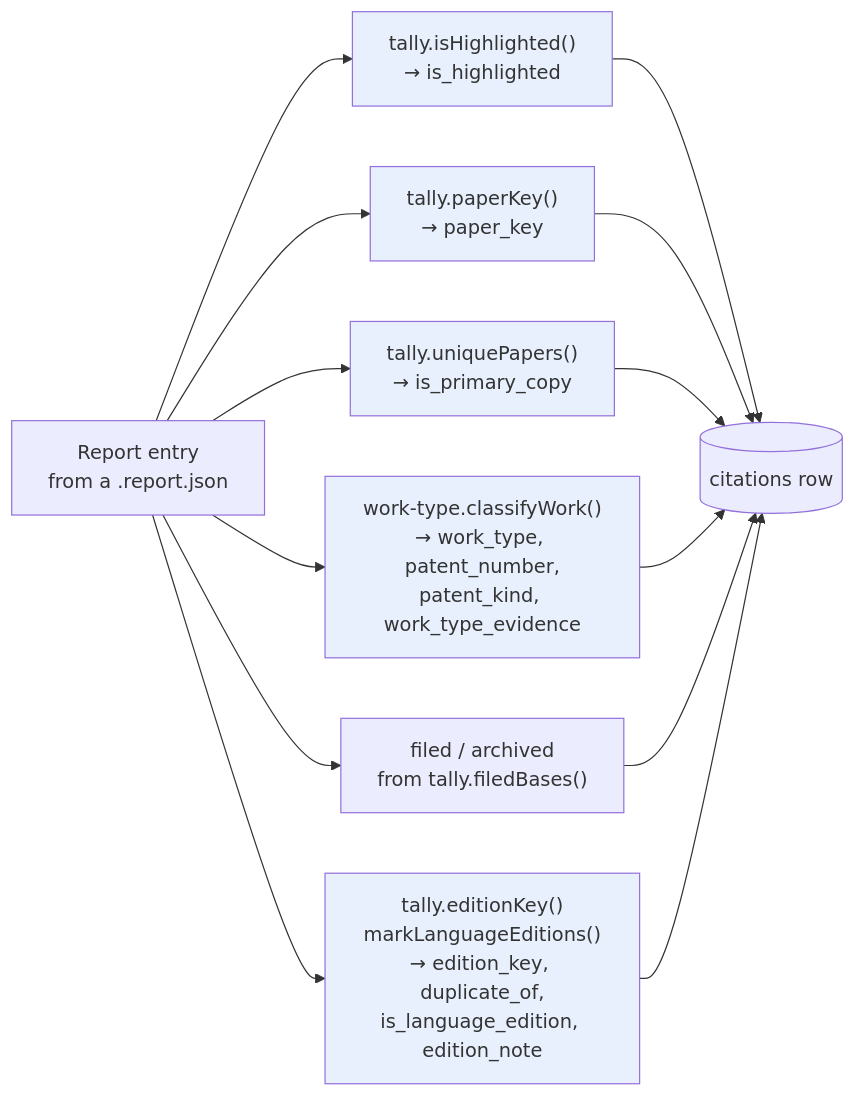
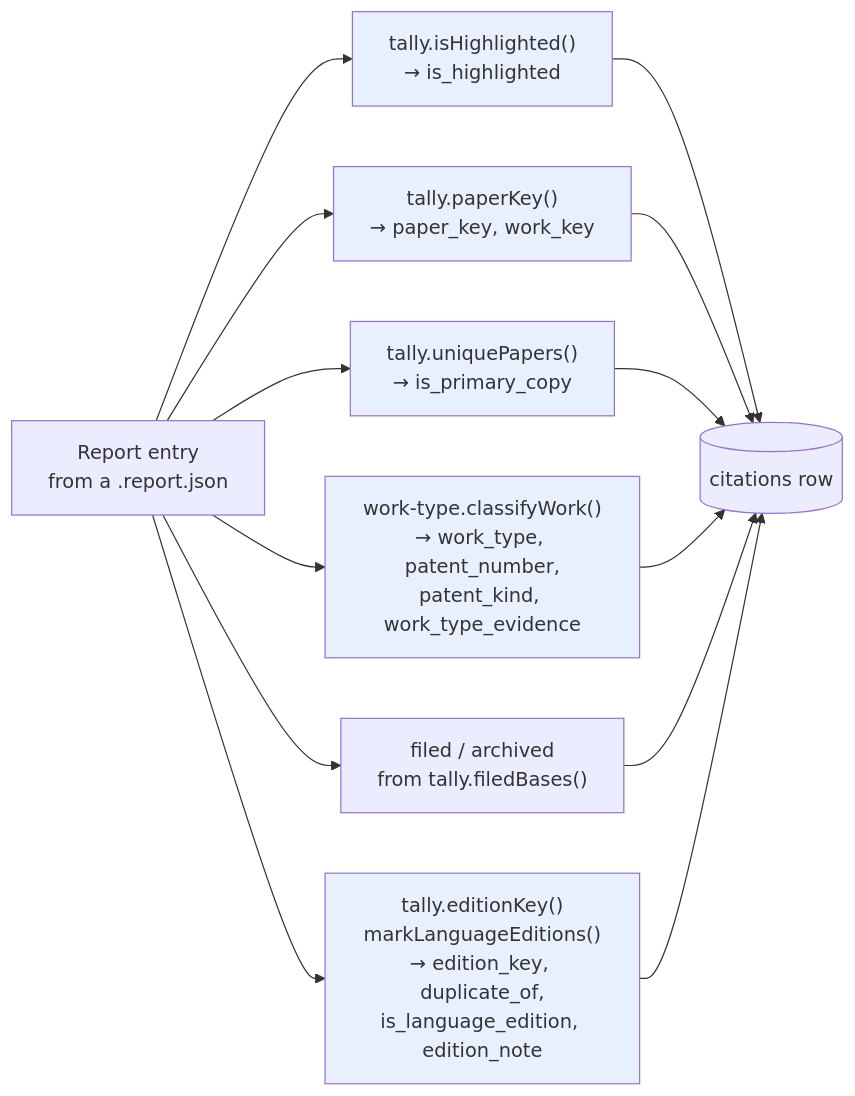
The second of 3 diagrams in Database/citation-catalog-schema.md (akulmehta/academic-citation-tracker), drawn with Mermaid before and after one commit. The commit also changed other lines of this file and 18 other files, not shown here.

````diff
--- a/Database/citation-catalog-schema.md
+++ b/Database/citation-catalog-schema.md
@@ -453,16 +590,16 @@
 ```mermaid
 flowchart LR
     A["Report entry<br/>from a .report.json"] --> B["tally.isHighlighted()<br/>→ is_highlighted"]
-    A --> C["tally.paperKey()<br/>→ paper_key"]
+    A --> C["tally.paperKey()<br/>→ paper_key, work_key"]
     A --> D["tally.uniquePapers()<br/>→ is_primary_copy"]
     A --> G["tally.editionKey()<br/>markLanguageEditions()<br/>→ edition_key, duplicate_of,<br/>is_language_edition, edition_note"]
     A --> E["work-type.classifyWork()<br/>→ work_type, patent_number,<br/>patent_kind, work_type_evidence"]
     A --> F["filed / archived<br/>from tally.filedBases()"]
     B & C & D & E & F & G --> H[("citations row")]
 
     style B fill:#e8f0fe
     style C fill:#e8f0fe
     style D fill:#e8f0fe
     style G fill:#e8f0fe
     style E fill:#e8f0fe
 ```
````
